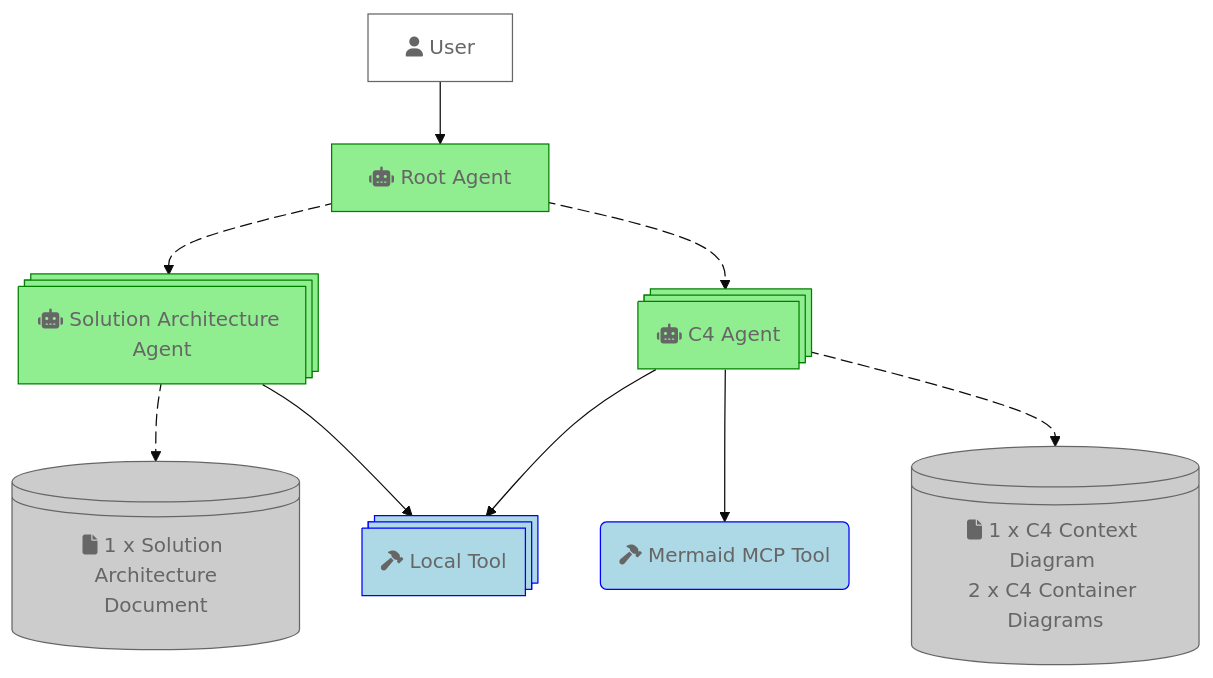
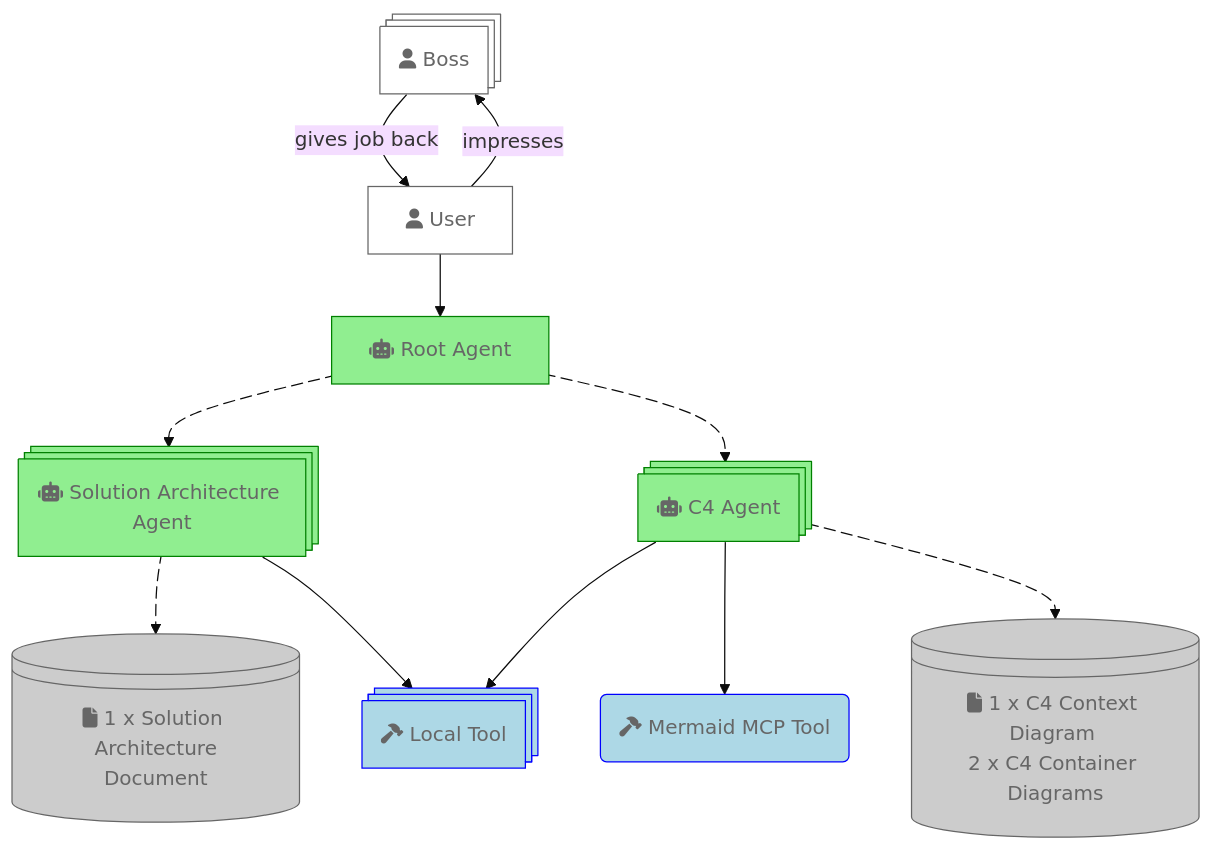
One commit to choonchernlim/keep-my-job-app changed the diagram in README.md. Above: the diagram before and after it, drawn with Mermaid (base theme).

Commit message:
Update architecture diagram in README.md to enhance clarity and detail

````diff
--- a/README.md
+++ b/README.md
@@ -20,30 +20,33 @@
 ```mermaid
 flowchart TD
+    B:::userClass@{ shape: processes, label: "fa:fa-user Boss" }
     U["fa:fa-user User"]:::userClass
     AR["fa:fa-robot Root Agent"]:::agentClass
     AS:::agentClass@{ shape: processes, label: "fa:fa-robot Solution Architecture Agent" }
     AC:::agentClass@{ shape: processes, label: "fa:fa-robot C4 Agent" }
     DM:::artifactClass@{ shape: lin-cyl, label: "fa:fa-file 1 x Solution Architecture\nDocument" }
     DD:::artifactClass@{ shape: lin-cyl, label: "fa:fa-file 1 x C4 Context Diagram \n 2 x C4 Container Diagrams" }
     TL:::toolClass@{ shape: processes, label: "fa:fa-hammer Local Tool" }
     TM("fa:fa-hammer Mermaid MCP Tool"):::toolClass
-    
+
+    U--impresses-->B
+    B--gives job back-->U
     U-->AR
     AR e1@--> AS
     AR e2@--> AC
     AS e3@--> DM
     AS --> TL
     AC --> TL
     AC --> TM
     AC e4@--> DD
     
     e1@{ animate: true }
     e2@{ animate: true }
     e3@{ animate: true }
     e4@{ animate: true }
 
     classDef userClass fill:#FFFFFF,stroke:#666666,color:#666666
     classDef toolClass fill:lightblue,stroke:blue,color:#666666
     classDef agentClass fill:lightgreen,stroke:green,color:#666666
     classDef artifactClass fill:#CCCCCC,stroke:#666666,color:#666666
 ```
````
